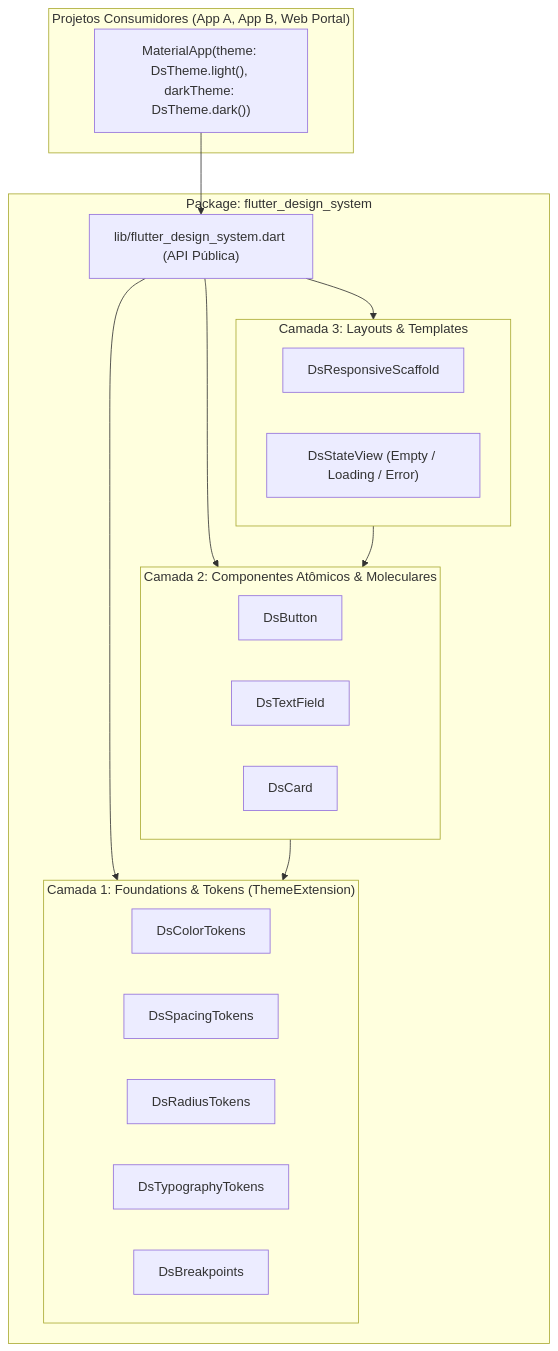
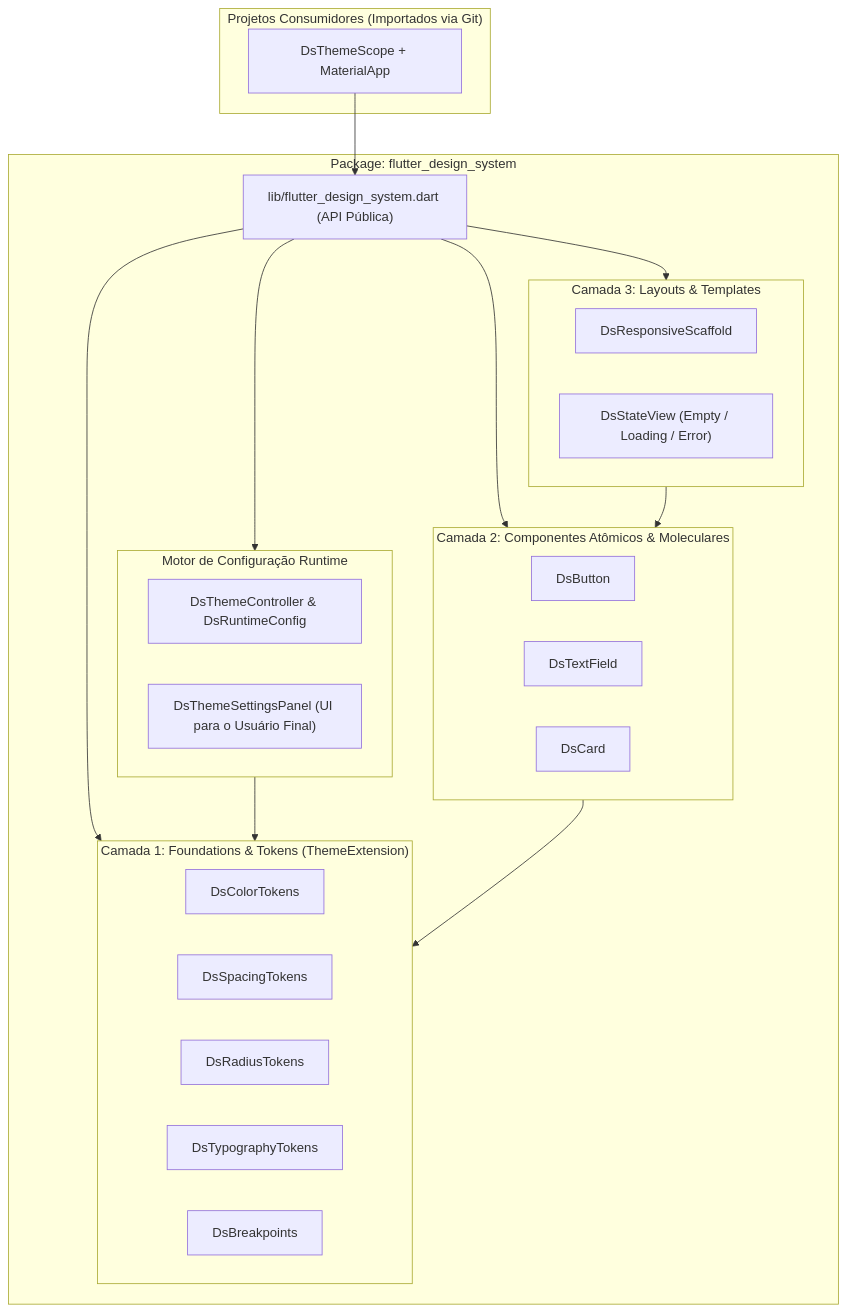
One commit to RuyXingubit/flutter-design-system changed the diagram in docs/SDD.md. Above: the diagram before and after it, drawn with Mermaid. The commit also changed other lines of this file and 10 other files, not shown here.

Commit message:
feat: add runtime user theme customization (DsThemeController, DsThemeSettingsPanel) and Git usage docs

````diff
--- a/docs/SDD.md
+++ b/docs/SDD.md
@@ -35,36 +37,43 @@
 ```mermaid
 flowchart TD
-    subgraph ConsumerApp["Projetos Consumidores (App A, App B, Web Portal)"]
-        AppEntry["MaterialApp(theme: DsTheme.light(), darkTheme: DsTheme.dark())"]
+    subgraph ConsumerApp["Projetos Consumidores (Importados via Git)"]
+        AppEntry["DsThemeScope + MaterialApp"]
     end
 
     subgraph Package["Package: flutter_design_system"]
         Barrel["lib/flutter_design_system.dart (API Pública)"]
         
+        subgraph Runtime["Motor de Configuração Runtime"]
+            Controller["DsThemeController & DsRuntimeConfig"]
+            SettingsPanel["DsThemeSettingsPanel (UI para o Usuário Final)"]
+        end
+
         subgraph Layer3["Camada 3: Layouts & Templates"]
             ResponsiveScaffold["DsResponsiveScaffold"]
             StateView["DsStateView (Empty / Loading / Error)"]
         end
 
         subgraph Layer2["Camada 2: Componentes Atômicos & Moleculares"]
             Button["DsButton"]
             TextField["DsTextField"]
             Card["DsCard"]
         end
 
         subgraph Layer1["Camada 1: Foundations & Tokens (ThemeExtension)"]
             Colors["DsColorTokens"]
             Spacing["DsSpacingTokens"]
             Radius["DsRadiusTokens"]
             Typography["DsTypographyTokens"]
             Breakpoints["DsBreakpoints"]
         end
     end
 
     AppEntry --> Barrel
+    Barrel --> Runtime
     Barrel --> Layer3
     Barrel --> Layer2
     Barrel --> Layer1
+    Runtime --> Layer1
     Layer3 --> Layer2
     Layer2 --> Layer1
 ```
````
